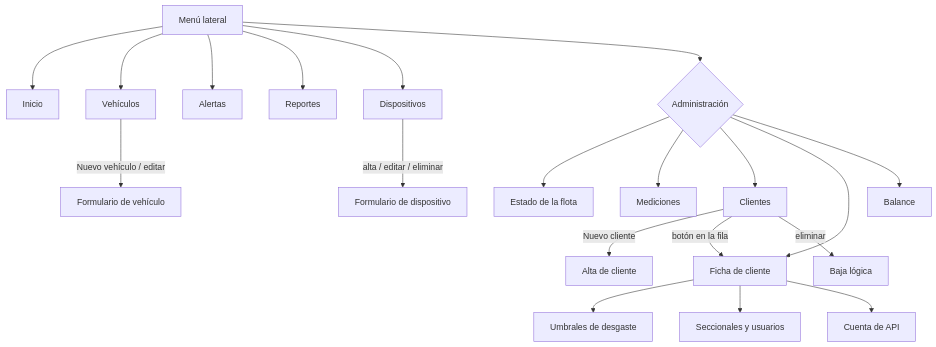
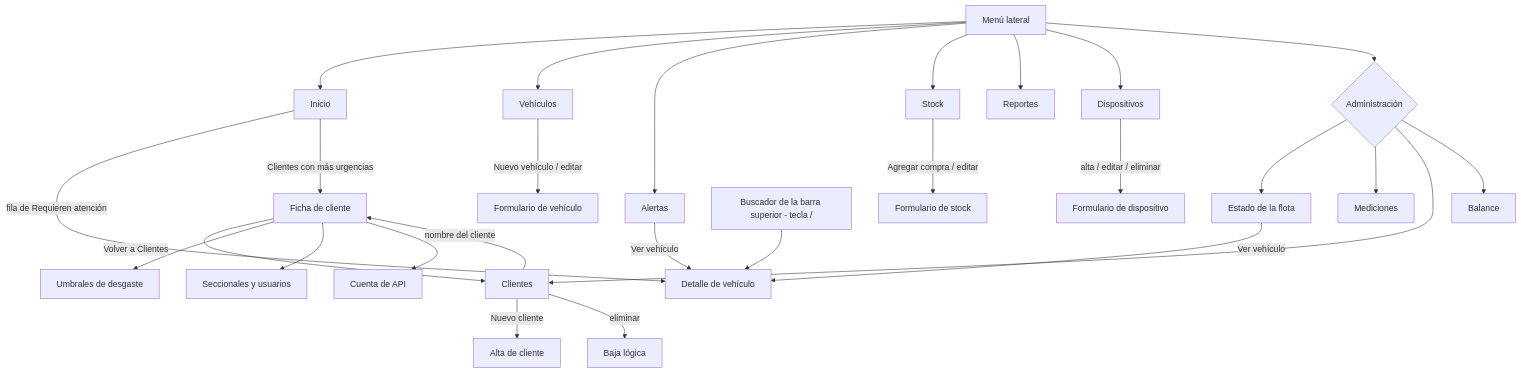
One commit to EM-Organization/Neumet-Gestion changed the second of 2 diagrams in docs/12-mapa-navegacion.md. Above: the diagram before and after it, drawn with Mermaid. The commit also changed other lines of this file and 21 other files, not shown here.

First line of the commit message:
feat(nav): buscador global, Stock en el menú, Clientes con ficha unificada y enlaces al detalle

````diff
--- a/docs/12-mapa-navegacion.md
+++ b/docs/12-mapa-navegacion.md
@@ -47,22 +80,29 @@
 ```mermaid
 flowchart TD
   M[Menú lateral] --> I[Inicio]
   M --> V[Vehículos]
   M --> A[Alertas]
+  M --> S[Stock]
   M --> R[Reportes]
   M --> D[Dispositivos]
   M --> AD{Administración}
   AD --> F[Estado de la flota]
   AD --> ME[Mediciones]
   AD --> C[Clientes]
-  AD --> FI[Ficha de cliente]
   AD --> B[Balance]
+  B0[Buscador de la barra superior - tecla /] --> VD[Detalle de vehículo]
+  I -->|fila de Requieren atención| VD
+  I -->|Clientes con más urgencias| FI[Ficha de cliente]
+  F -->|Ver vehículo| VD
+  A -->|Ver vehículo| VD
+  C -->|nombre del cliente| FI
   C -->|Nuevo cliente| CN[Alta de cliente]
-  C -->|botón en la fila| FI
   C -->|eliminar| BL[Baja lógica]
+  FI -->|Volver a Clientes| C
   FI --> U[Umbrales de desgaste]
   FI --> SE[Seccionales y usuarios]
   FI --> API[Cuenta de API]
   V -->|Nuevo vehículo / editar| VM[Formulario de vehículo]
+  S -->|Agregar compra / editar| SM[Formulario de stock]
   D -->|alta / editar / eliminar| DM[Formulario de dispositivo]
 ```
````
